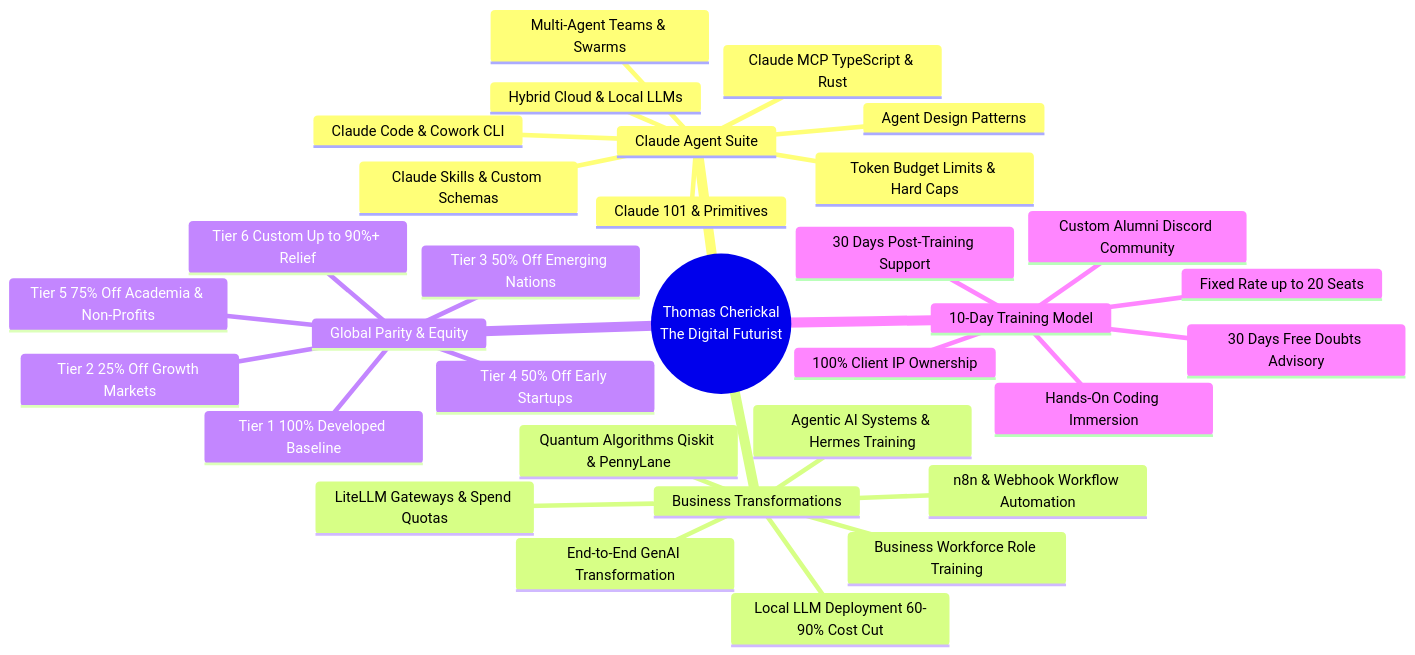
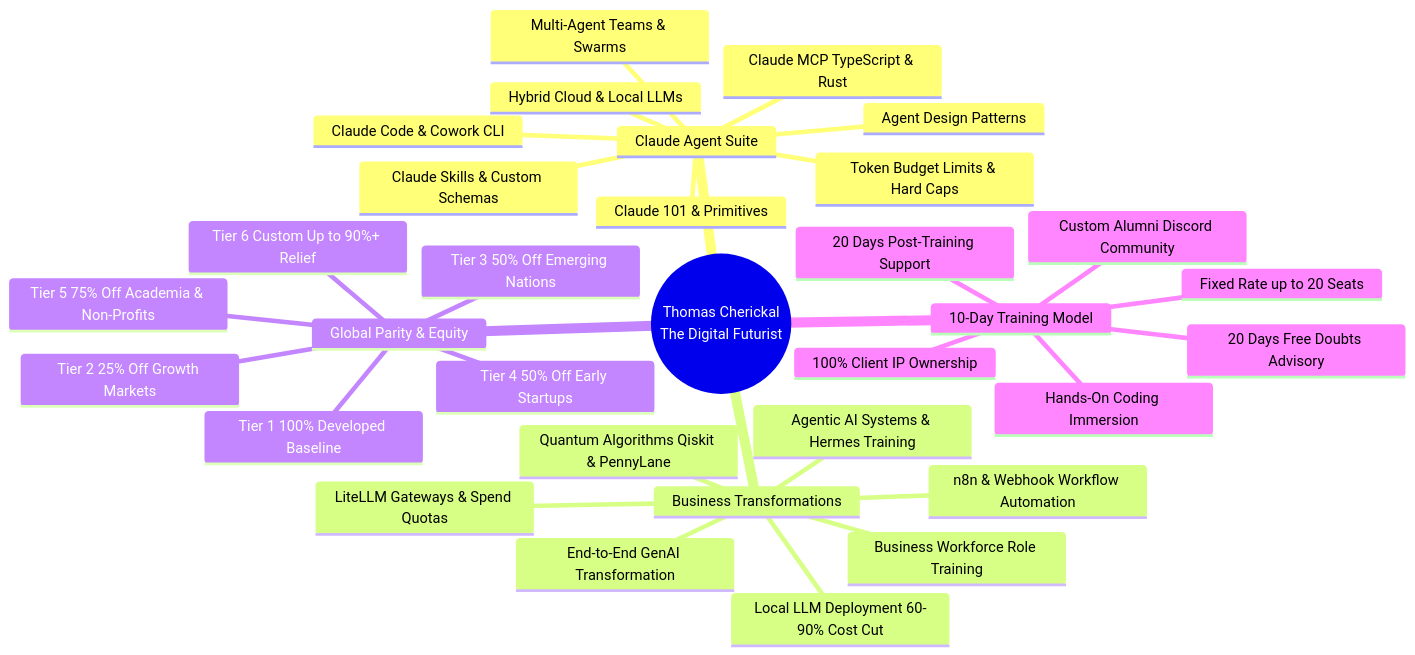
Before and after one commit to thomascherickal/thomascherickal.github.io: the first of 2 diagrams in README.md, drawn with Mermaid. The commit also changed other lines of this file and 92 other files, not shown here.

Commit message:
Standardize flagship training durations to 20 days live training + 20 days guidance (20 working days over 4 weeks, 4 hours per day) with holidays and recovery days across all pages, schemas, data, and docs

````diff
--- a/README.md
+++ b/README.md
@@ -33,35 +33,35 @@
 ```mermaid
 mindmap
   root((Thomas Cherickal<br/>The Digital Futurist))
     Claude Agent Suite
       Claude 101 & Primitives
       Claude Code & Cowork CLI
       Claude Skills & Custom Schemas
       Claude MCP TypeScript & Rust
       Multi-Agent Teams & Swarms
       Agent Design Patterns
       Token Budget Limits & Hard Caps
       Hybrid Cloud & Local LLMs
     Business Transformations
       End-to-End GenAI Transformation
       Local LLM Deployment 60-90% Cost Cut
       Agentic AI Systems & Hermes Training
       n8n & Webhook Workflow Automation
       Quantum Algorithms Qiskit & PennyLane
       LiteLLM Gateways & Spend Quotas
       Business Workforce Role Training
     Global Parity & Equity
       Tier 1 100% Developed Baseline
       Tier 2 25% Off Growth Markets
       Tier 3 50% Off Emerging Nations
       Tier 4 50% Off Early Startups
       Tier 5 75% Off Academia & Non-Profits
       Tier 6 Custom Up to 90%+ Relief
     10-Day Training Model
       Hands-On Coding Immersion
       Fixed Rate up to 20 Seats
-      30 Days Post-Training Support
-      30 Days Free Doubts Advisory
+      20 Days Post-Training Support
+      20 Days Free Doubts Advisory
       Custom Alumni Discord Community
       100% Client IP Ownership
 ```
````
